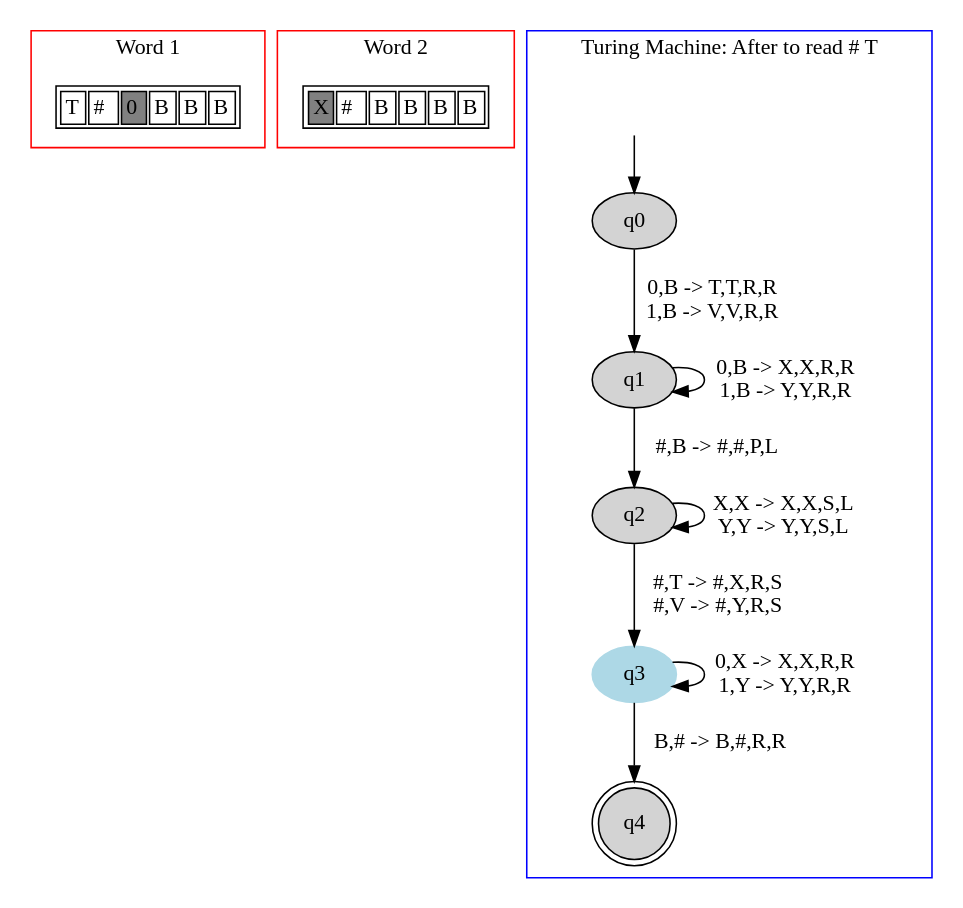
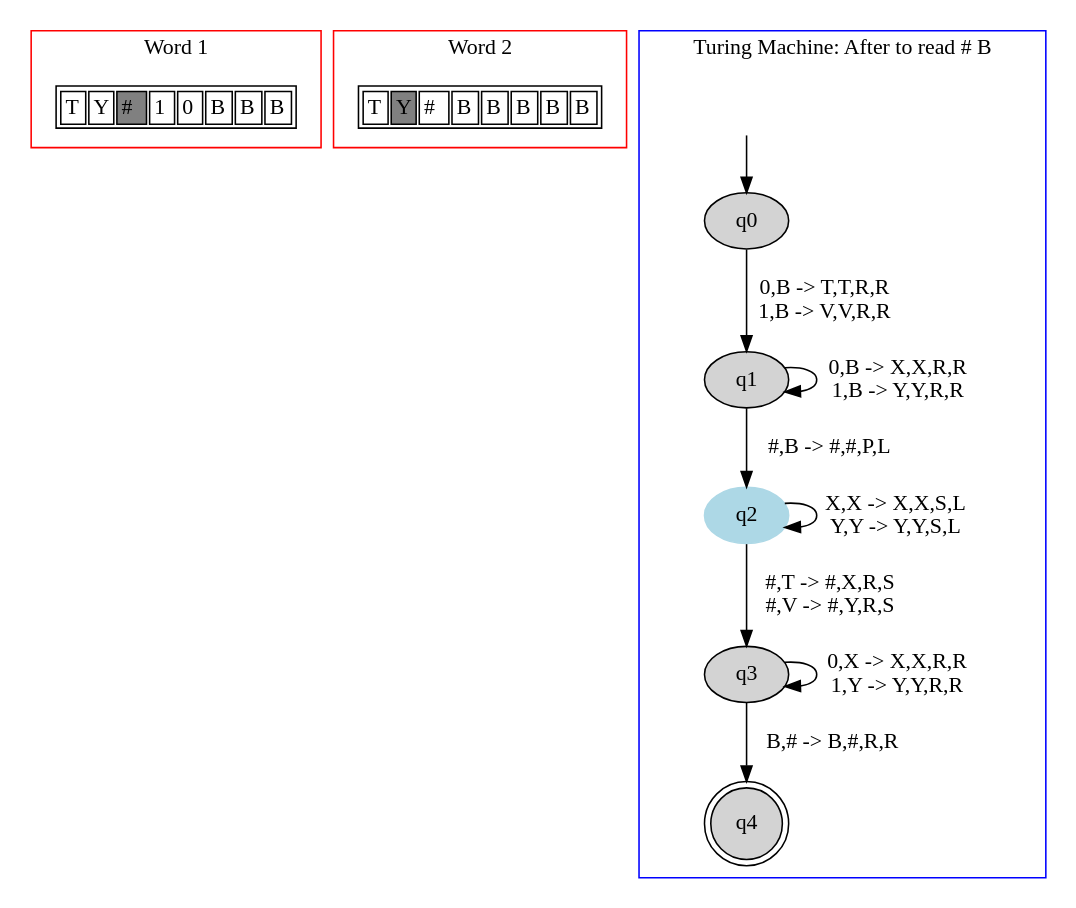
The diagram in TM2FITAS/images/file4.dot (danielScLima/turing_machine_2_fitas), drawn with Graphviz before and after one commit. The commit also changed 14 other files, not shown here.

```diff
--- a/TM2FITAS/images/file4.dot
+++ b/TM2FITAS/images/file4.dot
@@ -1,58 +1,62 @@
 digraph G {
 	subgraph cluster_0 {
 		node [shape=plaintext];
 
 struct1 [label=<<TABLE>
 <TR>
 <TD><FONT>T</FONT></TD>
-<TD><FONT>#</FONT></TD>
-<TD BGCOLOR="gray"><FONT>0</FONT></TD>
+<TD><FONT>Y</FONT></TD>
+<TD BGCOLOR="gray"><FONT>#</FONT></TD>
+<TD><FONT>1</FONT></TD>
+<TD><FONT>0</FONT></TD>
 <TD><FONT>B</FONT></TD>
 <TD><FONT>B</FONT></TD>
 <TD><FONT>B</FONT></TD>
 </TR>
 </TABLE>>];
 label = "Word 1";
 color=red;
 }
 	subgraph cluster_2 {
 		node [shape=plaintext];
 
 struct2 [label=<<TABLE>
 <TR>
-<TD BGCOLOR="gray"><FONT>X</FONT></TD>
+<TD><FONT>T</FONT></TD>
+<TD BGCOLOR="gray"><FONT>Y</FONT></TD>
 <TD><FONT>#</FONT></TD>
+<TD><FONT>B</FONT></TD>
 <TD><FONT>B</FONT></TD>
 <TD><FONT>B</FONT></TD>
 <TD><FONT>B</FONT></TD>
 <TD><FONT>B</FONT></TD>
 </TR>
 </TABLE>>];
 label = "Word 2";
 color=red;
 }
 	subgraph cluster_1 {
 		node [style=filled];
-		label = "Turing Machine: After to read # T"
+		label = "Turing Machine: After to read # B"
 		color=blue;
 
 		q0;
 		q1;
-		q2;
-		q3 [color="lightblue"];
+		q2 [color="lightblue"];
+		q3;
 		q4 [shape="doublecircle"];
 		q0->q1[label="0,B -> T,T,R,R
 1,B -> V,V,R,R"];
 		q1->q1[label="0,B -> X,X,R,R
 1,B -> Y,Y,R,R"];
 		q1->q2[label="#,B -> #,#,P,L"];
 		q2->q2[label="X,X -> X,X,S,L
 Y,Y -> Y,Y,S,L"];
 		q2->q3[label="#,T -> #,X,R,S
 #,V -> #,Y,R,S"];
 		q3->q3[label="0,X -> X,X,R,R
 1,Y -> Y,Y,R,R"];
 		q3->q4[label="B,# -> B,#,R,R"];
 x [color=white, label=""];		x->q0	}
 
 }
```
